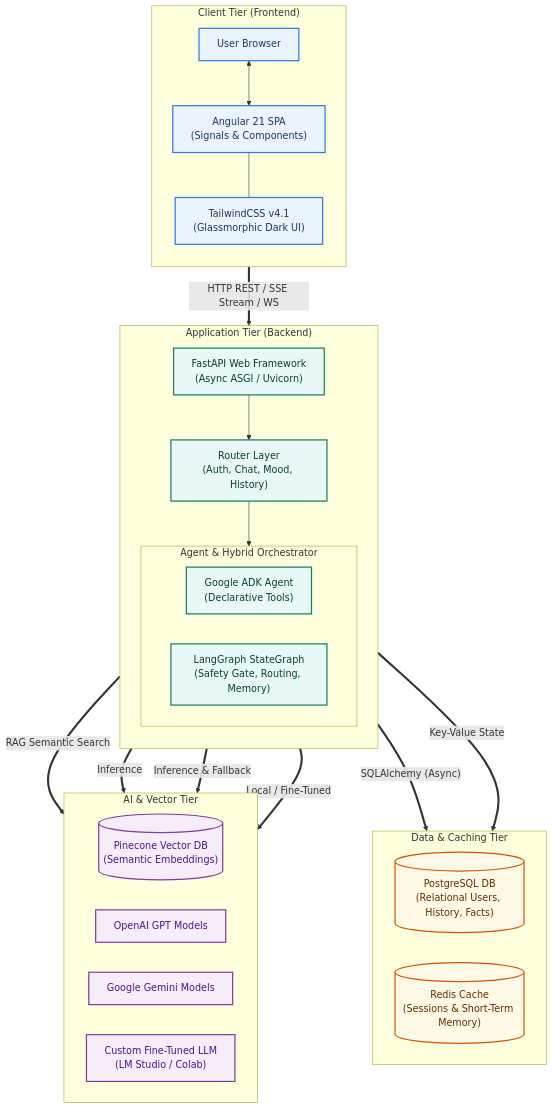
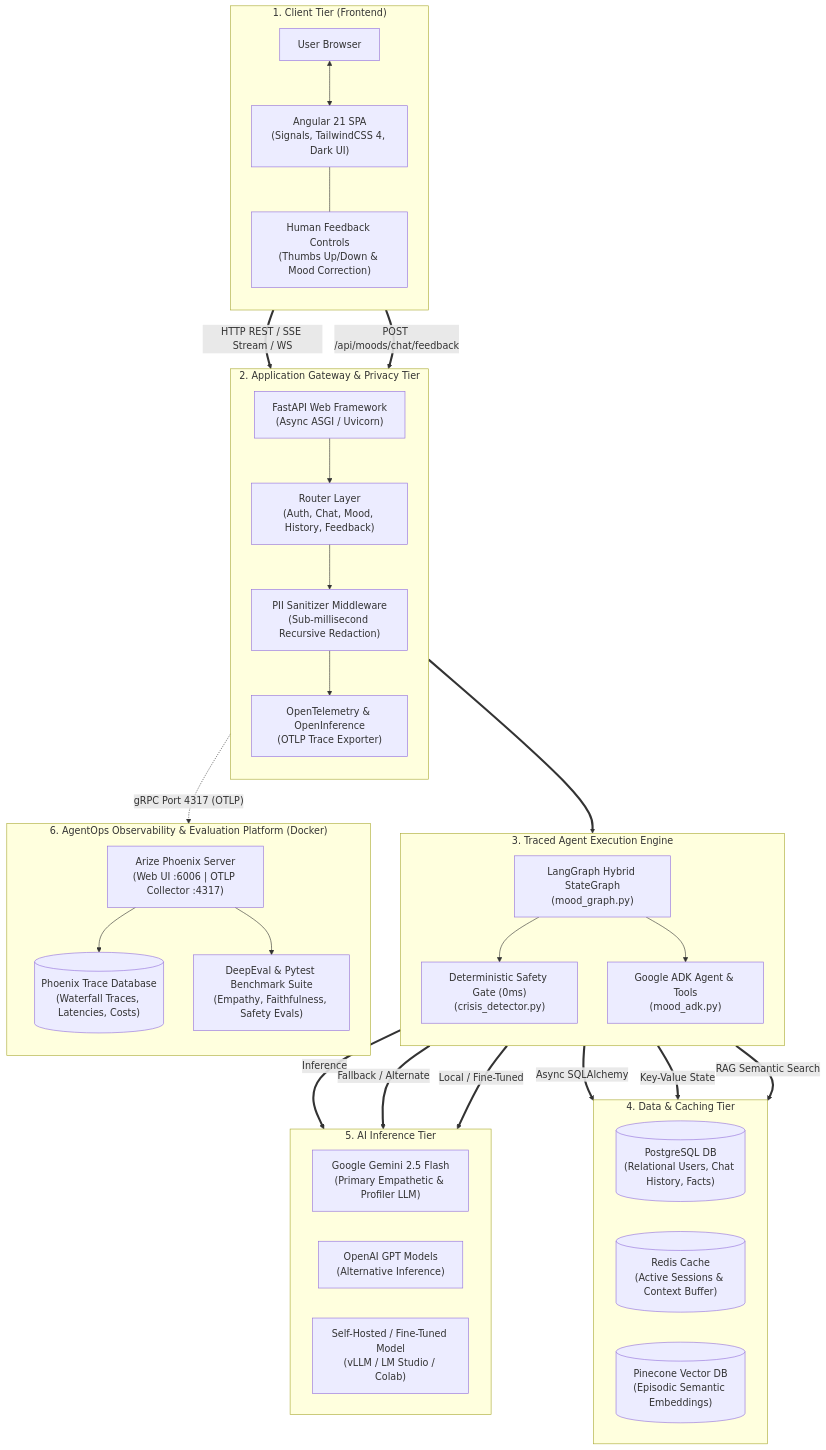
Before and after one commit to sandil2003/MOODZ: the first of 2 diagrams in README.md, drawn with Mermaid. The commit also changed other lines of this file and 1 other file, not shown here.

````diff
--- a/README.md
+++ b/README.md
@@ -80,64 +98,77 @@
 ```mermaid
 graph TB
     %% Client Tier
-    subgraph ClientTier ["Client Tier (Frontend)"]
+    subgraph ClientTier ["1. Client Tier (Frontend)"]
         direction TB
         Browser["User Browser"]
-        AngularApp["Angular 21 SPA<br/>(Signals & Components)"]
-        Tailwind["TailwindCSS v4.1<br/>(Glassmorphic Dark UI)"]
+        AngularApp["Angular 21 SPA<br/>(Signals, TailwindCSS 4, Dark UI)"]
+        FeedbackUI["Human Feedback Controls<br/>(Thumbs Up/Down & Mood Correction)"]
         
         Browser <--> AngularApp
-        AngularApp --- Tailwind
+        AngularApp --- FeedbackUI
     end
 
-    %% Application Tier
-    subgraph AppTier ["Application Tier (Backend)"]
+    %% Gateway & Privacy Tier
+    subgraph GatewayTier ["2. Application Gateway & Privacy Tier"]
         direction TB
         FastAPI["FastAPI Web Framework<br/>(Async ASGI / Uvicorn)"]
-        Router["Router Layer<br/>(Auth, Chat, Mood, History)"]
-        
-        subgraph Orchestration ["Agent & Hybrid Orchestrator"]
-            ADK["Google ADK Agent<br/>(Declarative Tools)"]
-            LangGraph["LangGraph StateGraph<br/>(Safety Gate, Routing, Memory)"]
-        end
+        Router["Router Layer<br/>(Auth, Chat, Mood, History, Feedback)"]
+        PIIScrubber["PII Sanitizer Middleware<br/>(Sub-millisecond Recursive Redaction)"]
+        OTelExporter["OpenTelemetry & OpenInference<br/>(OTLP Trace Exporter)"]
         
         FastAPI --> Router
-        Router --> Orchestration
+        Router --> PIIScrubber
+        PIIScrubber --> OTelExporter
     end
 
-    %% Data Tier
-    subgraph DataTier ["Data & Caching Tier"]
-        direction LR
-        Postgres[("PostgreSQL DB<br/>(Relational Users, History, Facts)")]
-        RedisClient[("Redis Cache<br/>(Sessions & Short-Term Memory)")]
+    %% Agent Execution Tier
+    subgraph AgentTier ["3. Traced Agent Execution Engine"]
+        direction TB
+        SafetyGate["Deterministic Safety Gate (0ms)<br/>(crisis_detector.py)"]
+        LangGraph["LangGraph Hybrid StateGraph<br/>(mood_graph.py)"]
+        ADK["Google ADK Agent & Tools<br/>(mood_adk.py)"]
+        
+        LangGraph --> SafetyGate
+        LangGraph --> ADK
     end
 
-    %% External & Custom AI Tier
-    subgraph AITier ["AI & Vector Tier"]
+    %% Data & Memory Tier
+    subgraph DataTier ["4. Data & Caching Tier"]
         direction LR
-        Pinecone[("Pinecone Vector DB<br/>(Semantic Embeddings)")]
-        OpenAI["OpenAI GPT Models"]
-        Gemini["Google Gemini Models"]
-        CustomLLM["Custom Fine-Tuned LLM<br/>(LM Studio / Colab)"]
+        Postgres[("PostgreSQL DB<br/>(Relational Users, Chat History, Facts)")]
+        RedisClient[("Redis Cache<br/>(Active Sessions & Context Buffer)")]
+        Pinecone[("Pinecone Vector DB<br/>(Episodic Semantic Embeddings)")]
+    end
+
+    %% Inference Tier
+    subgraph AITier ["5. AI Inference Tier"]
+        direction LR
+        Gemini["Google Gemini 2.5 Flash<br/>(Primary Empathetic & Profiler LLM)"]
+        OpenAI["OpenAI GPT Models<br/>(Alternative Inference)"]
+        CustomLLM["Self-Hosted / Fine-Tuned Model<br/>(vLLM / LM Studio / Colab)"]
+    end
+
+    %% AgentOps Observability Platform
+    subgraph OpsTier ["6. AgentOps Observability & Evaluation Platform (Docker)"]
+        direction TB
+        PhoenixServer["Arize Phoenix Server<br/>(Web UI :6006 | OTLP Collector :4317)"]
+        TraceStore[("Phoenix Trace Database<br/>(Waterfall Traces, Latencies, Costs)")]
+        EvalHarness["DeepEval & Pytest Benchmark Suite<br/>(Empathy, Faithfulness, Safety Evals)"]
+        
+        PhoenixServer --> TraceStore
+        PhoenixServer --> EvalHarness
     end
 
     %% Connections
     AngularApp == "HTTP REST / SSE Stream / WS" ==> FastAPI
-    Orchestration == "SQLAlchemy (Async)" ==> Postgres
-    Orchestration == "Key-Value State" ==> RedisClient
-    Orchestration == "RAG Semantic Search" ==> Pinecone
-    Orchestration == "Inference" ==> OpenAI
-    Orchestration == "Inference & Fallback" ==> Gemini
-    Orchestration == "Local / Fine-Tuned" ==> CustomLLM
-
-    %% Styles
-    classDef client fill:#EBF3FC,stroke:#2B78E4,stroke-width:2px,color:#1A365D;
-    classDef backend fill:#E8F8F5,stroke:#117A65,stroke-width:2px,color:#0B3C33;
-    classDef data fill:#FEF9E7,stroke:#D35400,stroke-width:2px,color:#5E2F00;
-    classDef ai fill:#F5EEF8,stroke:#7D3C98,stroke-width:2px,color:#4A148C;
-
-    class Browser,AngularApp,Tailwind client;
-    class FastAPI,Router,ADK,LangGraph backend;
-    class Postgres,RedisClient data;
-    class Pinecone,OpenAI,Gemini,CustomLLM ai;
+    FeedbackUI == "POST /api/moods/chat/feedback" ==> Router
+    Router ==> LangGraph
+    ADK == "Async SQLAlchemy" ==> Postgres
+    ADK == "Key-Value State" ==> RedisClient
+    ADK == "RAG Semantic Search" ==> Pinecone
+    LangGraph == "Inference" ==> Gemini
+    LangGraph == "Fallback / Alternate" ==> OpenAI
+    LangGraph == "Local / Fine-Tuned" ==> CustomLLM
+    
+    OTelExporter -. "gRPC Port 4317 (OTLP)" .-> PhoenixServer
 ```
````
